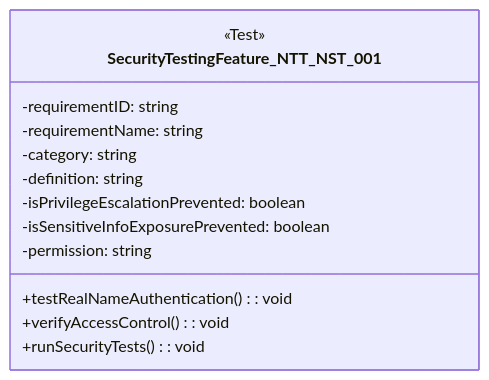
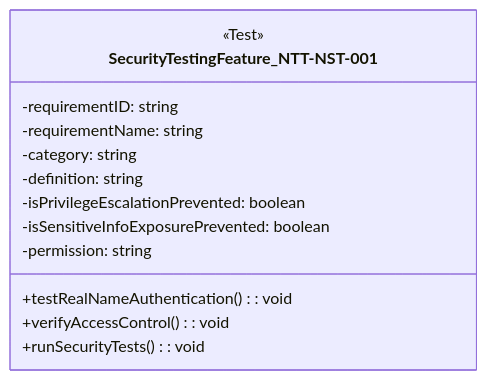
Diagram 27 of 54 in 1. Requirement Analysis/Software Requirements Specification.md (sun922/University-SoftwareDesign), drawn with Mermaid before and after one commit. The commit also changed other lines of this file, not shown here.

````diff
--- a/1. Requirement Analysis/Software Requirements Specification.md
+++ b/1. Requirement Analysis/Software Requirements Specification.md
@@ -825,17 +825,17 @@
 ```mermaid
 classDiagram
-    class SecurityTestingFeature_NTT_NST_001 {
+    class SecurityTestingFeature_NTT-NST-001 {
         <<Test>>
         -requirementID: string
         -requirementName: string
         -category: string
         -definition: string
         -isPrivilegeEscalationPrevented: boolean
         -isSensitiveInfoExposurePrevented: boolean
         -permission: string
 
         +testRealNameAuthentication(): void
         +verifyAccessControl(): void
         +runSecurityTests(): void
     }
 ```
````
